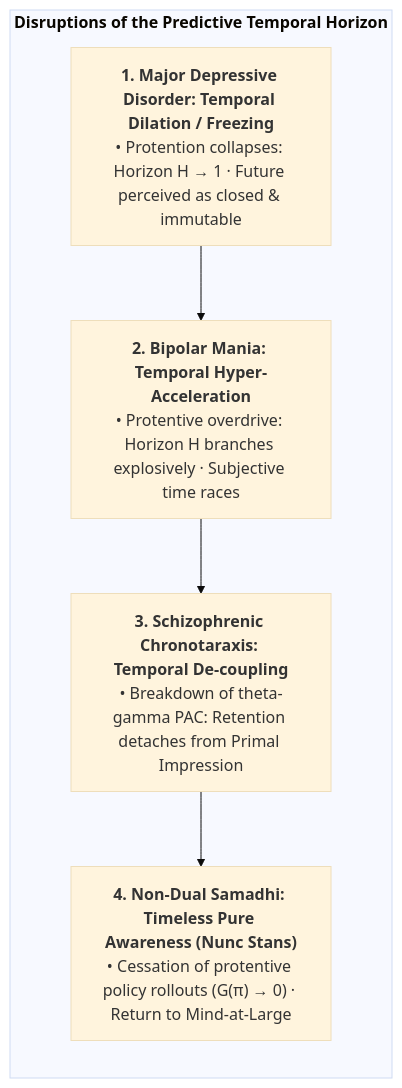
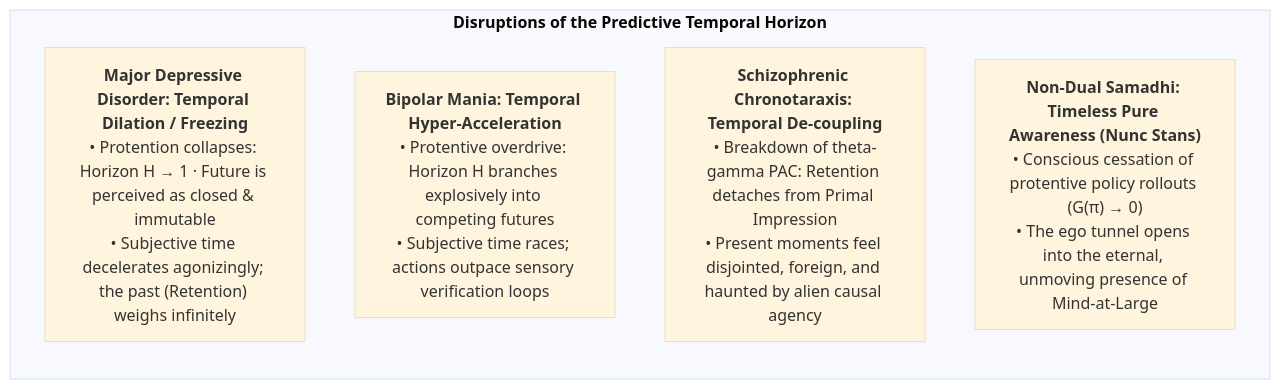
One commit to Thriebl/active-inference-phi-network changed diagram 36 of 50 in book/build/CIF_Monograph_EN.md. Above: the diagram before and after it, drawn with Mermaid (base theme). The commit also changed other lines of this file and 8 other files, not shown here.

````diff
--- a/book/build/CIF_Monograph_EN.md
+++ b/book/build/CIF_Monograph_EN.md
@@ -1576,16 +1558,14 @@
 ```mermaid
 flowchart TD
     subgraph CHRONOPATHOLOGY["<b>Disruptions of the Predictive Temporal Horizon</b>"]
         direction TB
         
-        C_DEP["<b>1. Major Depressive Disorder: Temporal Dilation / Freezing</b><br>• Protention collapses: Horizon H → 1 · Future perceived as closed & immutable"]
+        C_DEP["<b>Major Depressive Disorder: Temporal Dilation / Freezing</b><br>• Protention collapses: Horizon H → 1 · Future is perceived as closed & immutable<br>• Subjective time decelerates agonizingly; the past (Retention) weighs infinitely"]
         
-        C_MAN["<b>2. Bipolar Mania: Temporal Hyper-Acceleration</b><br>• Protentive overdrive: Horizon H branches explosively · Subjective time races"]
+        C_MAN["<b>Bipolar Mania: Temporal Hyper-Acceleration</b><br>• Protentive overdrive: Horizon H branches explosively into competing futures<br>• Subjective time races; actions outpace sensory verification loops"]
         
-        C_SCHIZ["<b>3. Schizophrenic Chronotaraxis: Temporal De-coupling</b><br>• Breakdown of theta-gamma PAC: Retention detaches from Primal Impression"]
+        C_SCHIZ["<b>Schizophrenic Chronotaraxis: Temporal De-coupling</b><br>• Breakdown of theta-gamma PAC: Retention detaches from Primal Impression<br>• Present moments feel disjointed, foreign, and haunted by alien causal agency"]
         
-        C_SAM["<b>4. Non-Dual Samadhi: Timeless Pure Awareness (Nunc Stans)</b><br>• Cessation of protentive policy rollouts (G(π) → 0) · Return to Mind-at-Large"]
-        
-        C_DEP --> C_MAN --> C_SCHIZ --> C_SAM
+        C_SAM["<b>Non-Dual Samadhi: Timeless Pure Awareness (Nunc Stans)</b><br>• Conscious cessation of protentive policy rollouts (G(π) → 0)<br>• The ego tunnel opens into the eternal, unmoving presence of Mind-at-Large"]
     end
 ```
````
